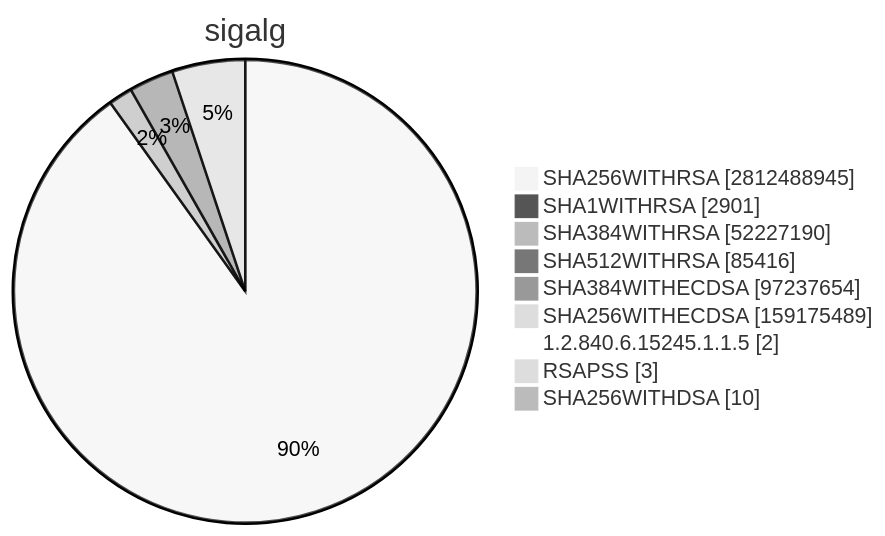
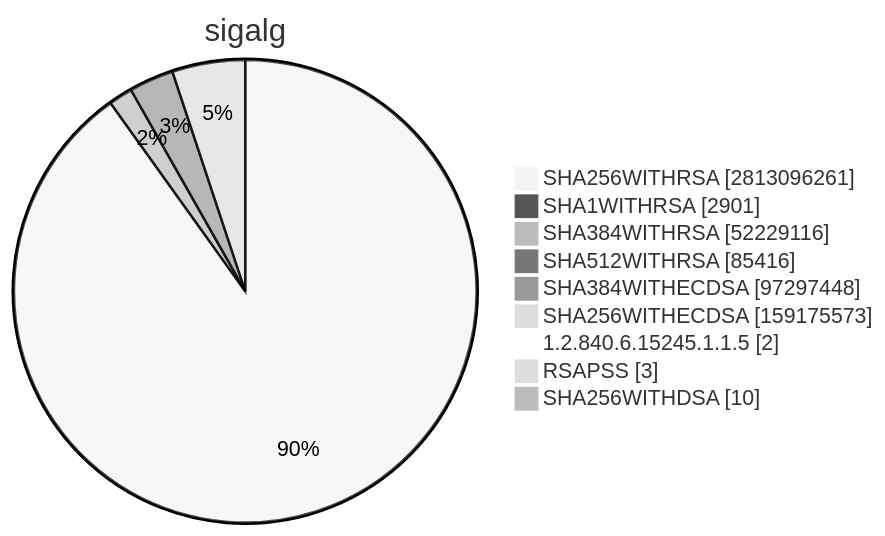
One commit to christiankrug/ctmonitor_visualization changed diagram 15 of 15 in TOTAL/README.md. Above: the diagram before and after it, drawn with Mermaid (neutral theme). The commit also changed other lines of this file, not shown here.

````diff
--- a/TOTAL/README.md
+++ b/TOTAL/README.md
@@ -6205,13 +6205,13 @@
 ```mermaid
 pie showData
 title sigalg
-"SHA256WITHRSA" :2812488945
+"SHA256WITHRSA" :2813096261
 "SHA1WITHRSA" :2901
-"SHA384WITHRSA" :52227190
+"SHA384WITHRSA" :52229116
 "SHA512WITHRSA" :85416
-"SHA384WITHECDSA" :97237654
-"SHA256WITHECDSA" :159175489
+"SHA384WITHECDSA" :97297448
+"SHA256WITHECDSA" :159175573
 "1.2.840.6.15245.1.1.5" :2
 "RSAPSS" :3
 "SHA256WITHDSA" :10
 ```
````
